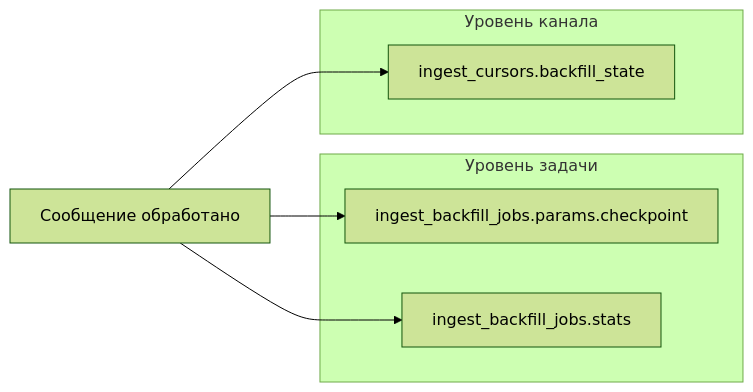
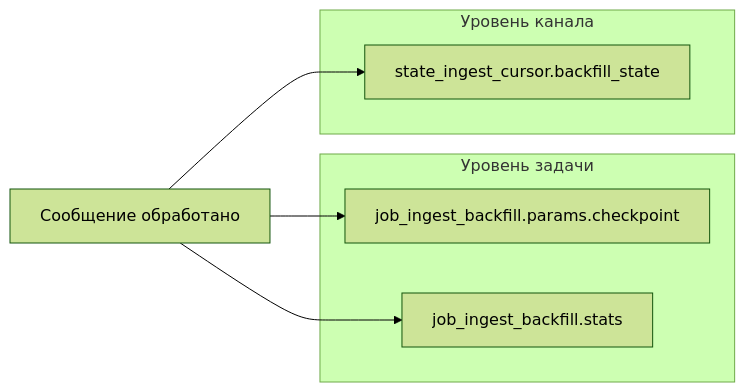
One commit to exclusiveLogin/radar changed the fourth of 7 diagrams in docs/backfill-v2-pipeline.md. Above: the diagram before and after it, drawn with Mermaid (forest theme). The commit also changed other lines of this file and 312 other files, not shown here.

````diff
--- a/docs/backfill-v2-pipeline.md
+++ b/docs/backfill-v2-pipeline.md
@@ -357,15 +357,15 @@
 ```mermaid
 flowchart LR
   subgraph PerJob["Уровень задачи"]
-    J["ingest_backfill_jobs.params.checkpoint"]
-    S["ingest_backfill_jobs.stats"]
+    J["job_ingest_backfill.params.checkpoint"]
+    S["job_ingest_backfill.stats"]
   end
 
   subgraph PerChannel["Уровень канала"]
-    C["ingest_cursors.backfill_state"]
+    C["state_ingest_cursor.backfill_state"]
   end
 
   Msg["Сообщение обработано"] --> J
   Msg --> S
   Msg --> C
 ```
````
